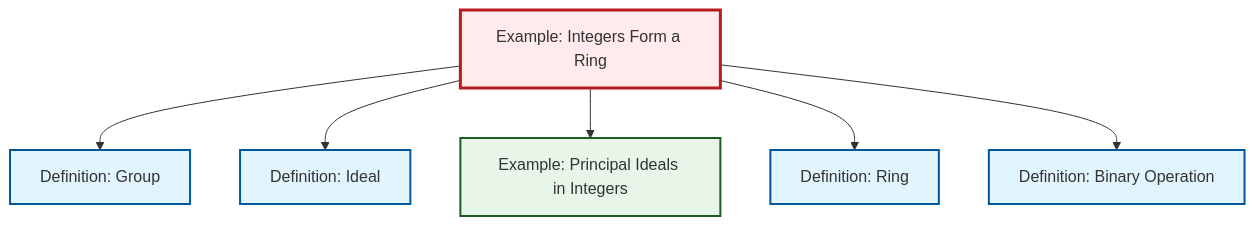
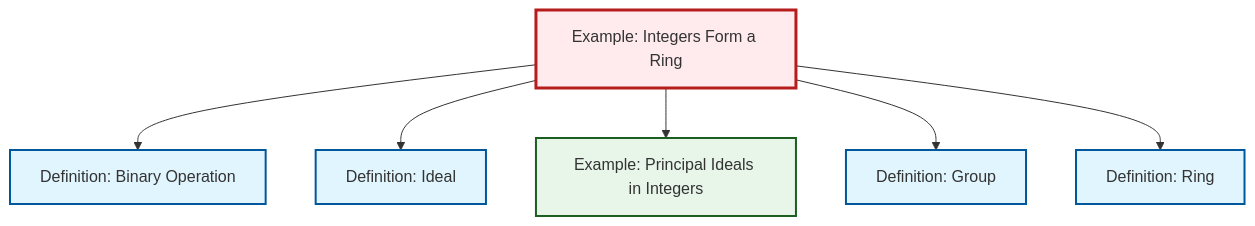
The diagram in content/ja/algebra/ex-integers-ring.qmd (RK0429/ModernMath), drawn with Mermaid before and after one commit. The commit also changed other lines of this file and 434 other files, not shown here.

First line of the commit message:
feat: Add polynomial ring definition with comprehensive cross-references

````diff
--- a/content/ja/algebra/ex-integers-ring.qmd
+++ b/content/ja/algebra/ex-integers-ring.qmd
@@ -64,26 +64,26 @@
 ```{mermaid}
 %%| fig-cap: "Local dependency graph"
 graph TD
     classDef definition fill:#e1f5fe,stroke:#01579b,stroke-width:2px
     classDef theorem fill:#f3e5f5,stroke:#4a148c,stroke-width:2px
     classDef axiom fill:#fff3e0,stroke:#e65100,stroke-width:2px
     classDef example fill:#e8f5e9,stroke:#1b5e20,stroke-width:2px
     classDef current fill:#ffebee,stroke:#b71c1c,stroke-width:3px
-    ex-integers-ring["Example: Integers Form a Ring"]:::example
+    def-ring["Definition: Ring"]:::definition
+    def-group["Definition: Group"]:::definition
     def-binary-operation["Definition: Binary Operation"]:::definition
     ex-principal-ideal["Example: Principal Ideals in Integers"]:::example
+    ex-integers-ring["Example: Integers Form a Ring"]:::example
     def-ideal["Definition: Ideal"]:::definition
-    def-group["Definition: Group"]:::definition
-    def-ring["Definition: Ring"]:::definition
-    ex-integers-ring --> def-group
+    ex-integers-ring --> def-binary-operation
     ex-integers-ring --> def-ideal
     ex-integers-ring --> ex-principal-ideal
+    ex-integers-ring --> def-group
     ex-integers-ring --> def-ring
-    ex-integers-ring --> def-binary-operation
     class ex-integers-ring current
+    click def-ring "def-ring.html" "Definition: Ringへ"
+    click def-group "def-group.html" "Definition: Groupへ"
     click def-binary-operation "def-binary-operation.html" "Definition: Binary Operationへ"
     click ex-principal-ideal "ex-principal-ideal.html" "Example: Principal Ideals in Integersへ"
     click def-ideal "def-ideal.html" "Definition: Idealへ"
-    click def-group "def-group.html" "Definition: Groupへ"
-    click def-ring "def-ring.html" "Definition: Ringへ"
 ```
````
